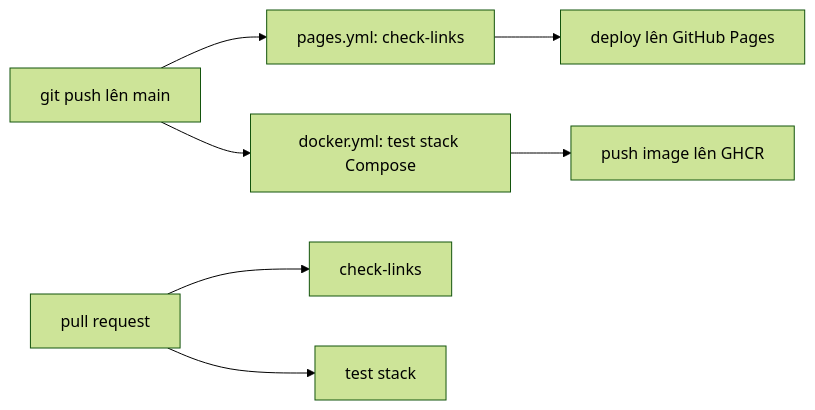
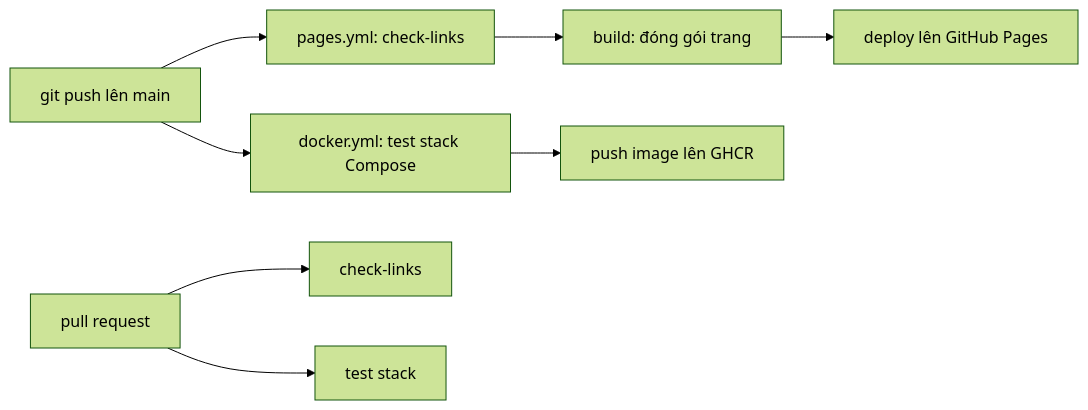
One commit to hcmute-dsc/learning-hub-track-actions-docker changed the diagram in tracks/actions-docker/modules/08-final-project/lessons/01-project-guide.md. Above: the diagram before and after it, drawn with Mermaid (forest theme). The commit also changed other lines of this file and 7 other files, not shown here.

First line of the commit message:
actions-docker: tách workflow Pages thành build và deploy (#7)

````diff
--- a/tracks/actions-docker/modules/08-final-project/lessons/01-project-guide.md
+++ b/tracks/actions-docker/modules/08-final-project/lessons/01-project-guide.md
@@ -37,9 +37,10 @@
 ```mermaid
 flowchart LR
   P["git push lên main"] --> L["pages.yml: check-links"]
-  L --> D["deploy lên GitHub Pages"]
+  L --> B["build: đóng gói trang"]
+  B --> D["deploy lên GitHub Pages"]
   P --> T["docker.yml: test stack Compose"]
   T --> G["push image lên GHCR"]
   PR["pull request"] --> L2["check-links"]
   PR --> T2["test stack"]
 ```
````
